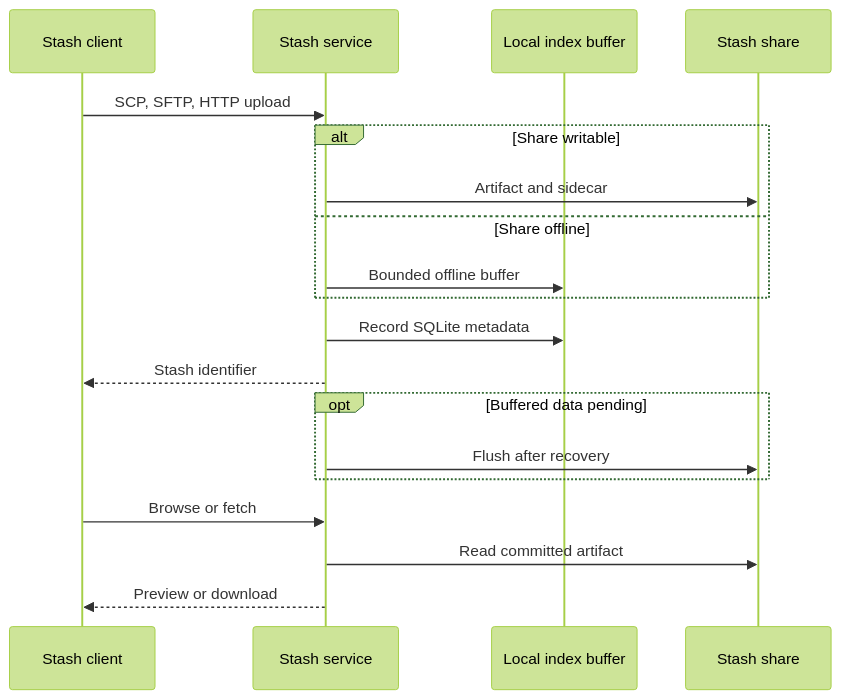
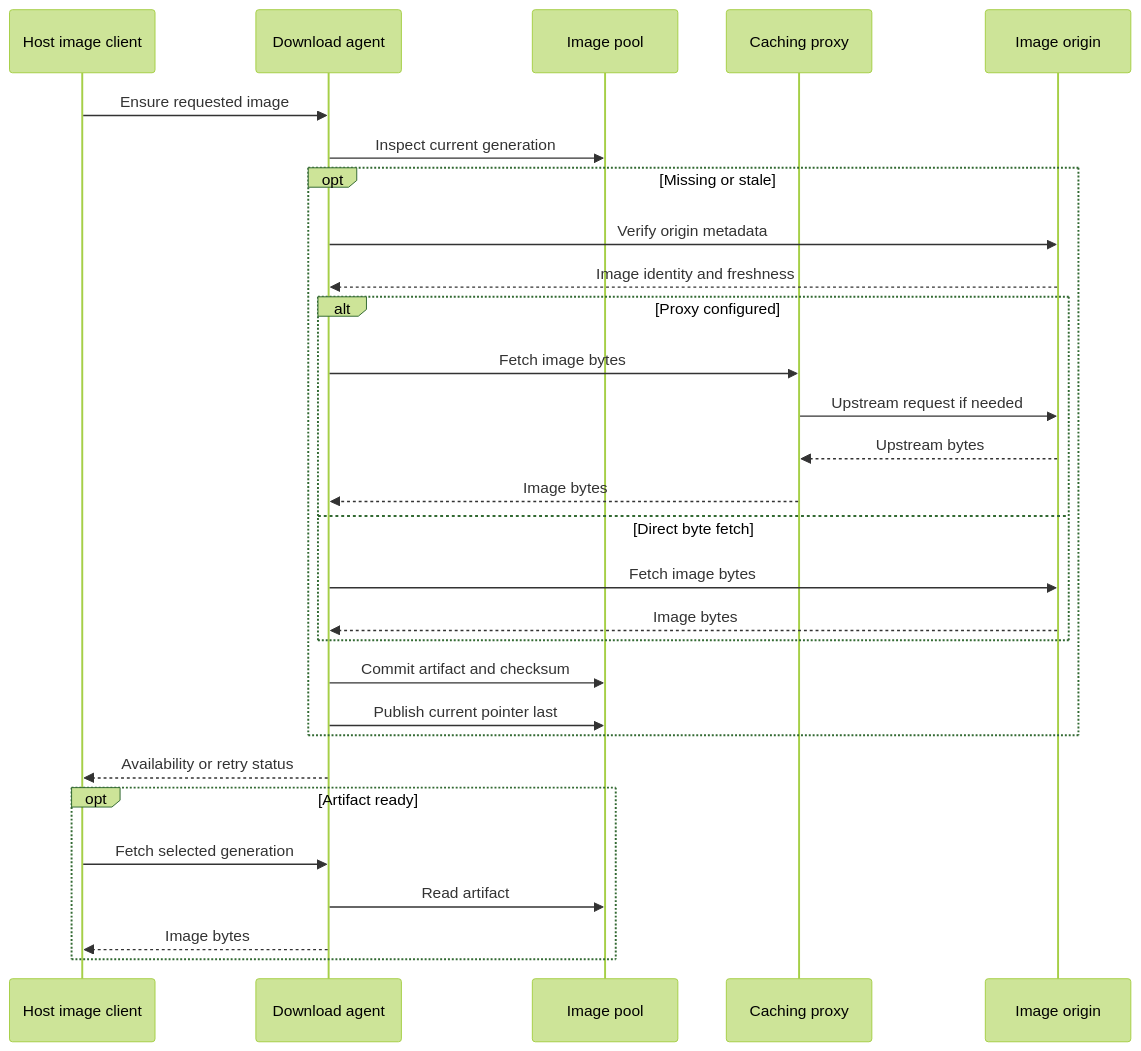
One commit to alissonsol/yuruna changed the fifth of 8 diagrams in docs/design/03-data-flows.md. Above: the diagram before and after it, drawn with Mermaid (forest theme). The commit also changed other lines of this file and 1383 other files, not shown here.

````diff
--- a/docs/design/03-data-flows.md
+++ b/docs/design/03-data-flows.md
@@ -169,21 +210,32 @@
 ```mermaid
 sequenceDiagram
-    participant stash-client as Stash client
-    participant stash-service as Stash service
-    participant stash-local as Local index buffer
-    participant stash-share as Stash share
-    stash-client->>stash-service: SCP, SFTP, HTTP upload
-    alt Share writable
-        stash-service->>stash-share: Artifact and sidecar
-    else Share offline
-        stash-service->>stash-local: Bounded offline buffer
+    participant yuruna-downloadagent-psm1 as Host image client
+    participant download-agent-service as Download agent
+    participant images as Image pool
+    participant caching-proxy-service as Caching proxy
+    participant imagestore-resolve-go as Image origin
+    yuruna-downloadagent-psm1->>download-agent-service: Ensure requested image
+    download-agent-service->>images: Inspect current generation
+    opt Missing or stale
+        download-agent-service->>imagestore-resolve-go: Verify origin metadata
+        imagestore-resolve-go-->>download-agent-service: Image identity and freshness
+        alt Proxy configured
+            %% optional: proxy settings select the cache-capable byte path.
+            download-agent-service->>caching-proxy-service: Fetch image bytes
+            caching-proxy-service->>imagestore-resolve-go: Upstream request if needed
+            imagestore-resolve-go-->>caching-proxy-service: Upstream bytes
+            caching-proxy-service-->>download-agent-service: Image bytes
+        else Direct byte fetch
+            download-agent-service->>imagestore-resolve-go: Fetch image bytes
+            imagestore-resolve-go-->>download-agent-service: Image bytes
+        end
+        download-agent-service->>images: Commit artifact and checksum
+        download-agent-service->>images: Publish current pointer last
     end
-    stash-service->>stash-local: Record SQLite metadata
-    stash-service-->>stash-client: Stash identifier
-    opt Buffered data pending
-        stash-service->>stash-share: Flush after recovery
+    download-agent-service-->>yuruna-downloadagent-psm1: Availability or retry status
+    opt Artifact ready
+        yuruna-downloadagent-psm1->>download-agent-service: Fetch selected generation
+        download-agent-service->>images: Read artifact
+        download-agent-service-->>yuruna-downloadagent-psm1: Image bytes
     end
-    stash-client->>stash-service: Browse or fetch
-    stash-service->>stash-share: Read committed artifact
-    stash-service-->>stash-client: Preview or download
 ```
````
